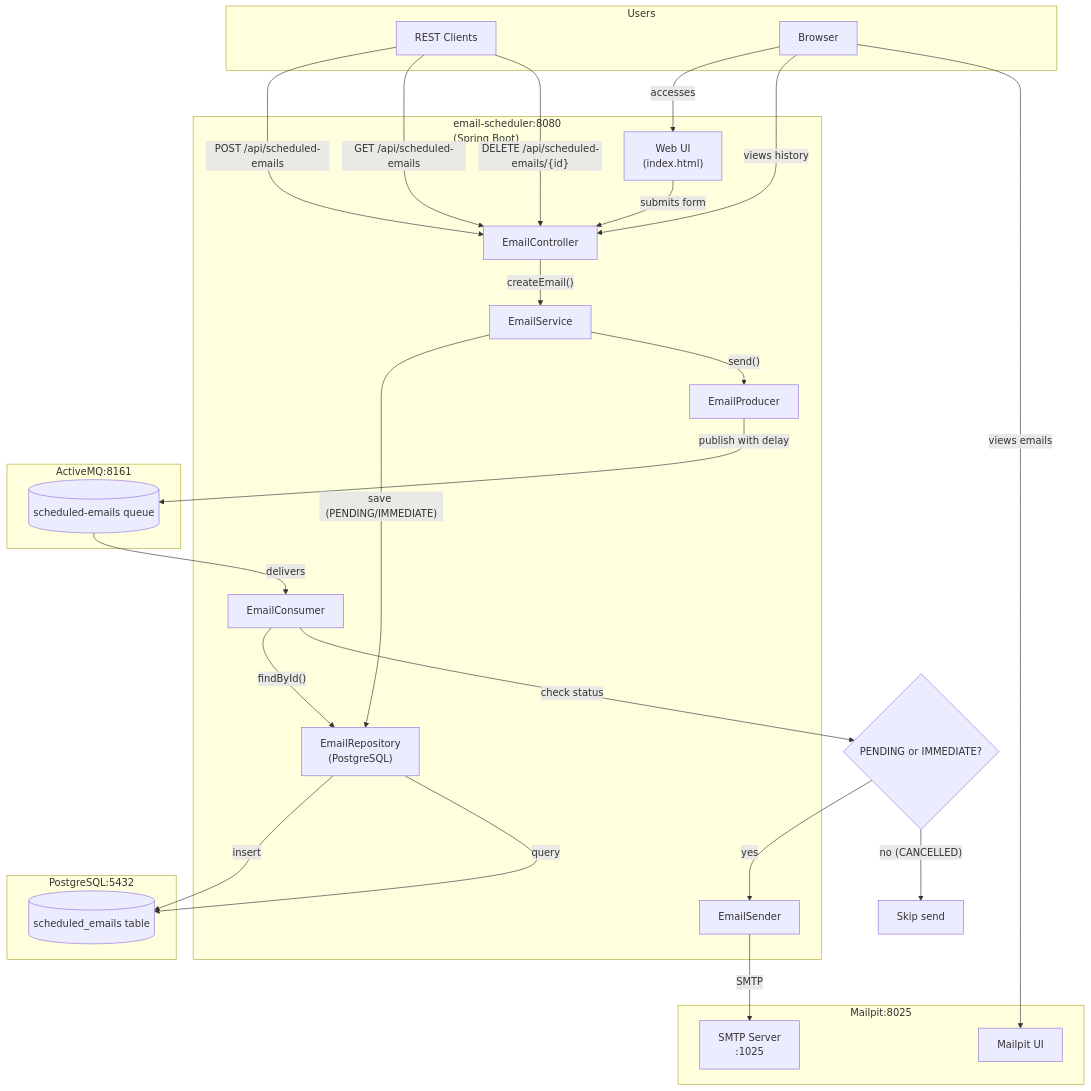
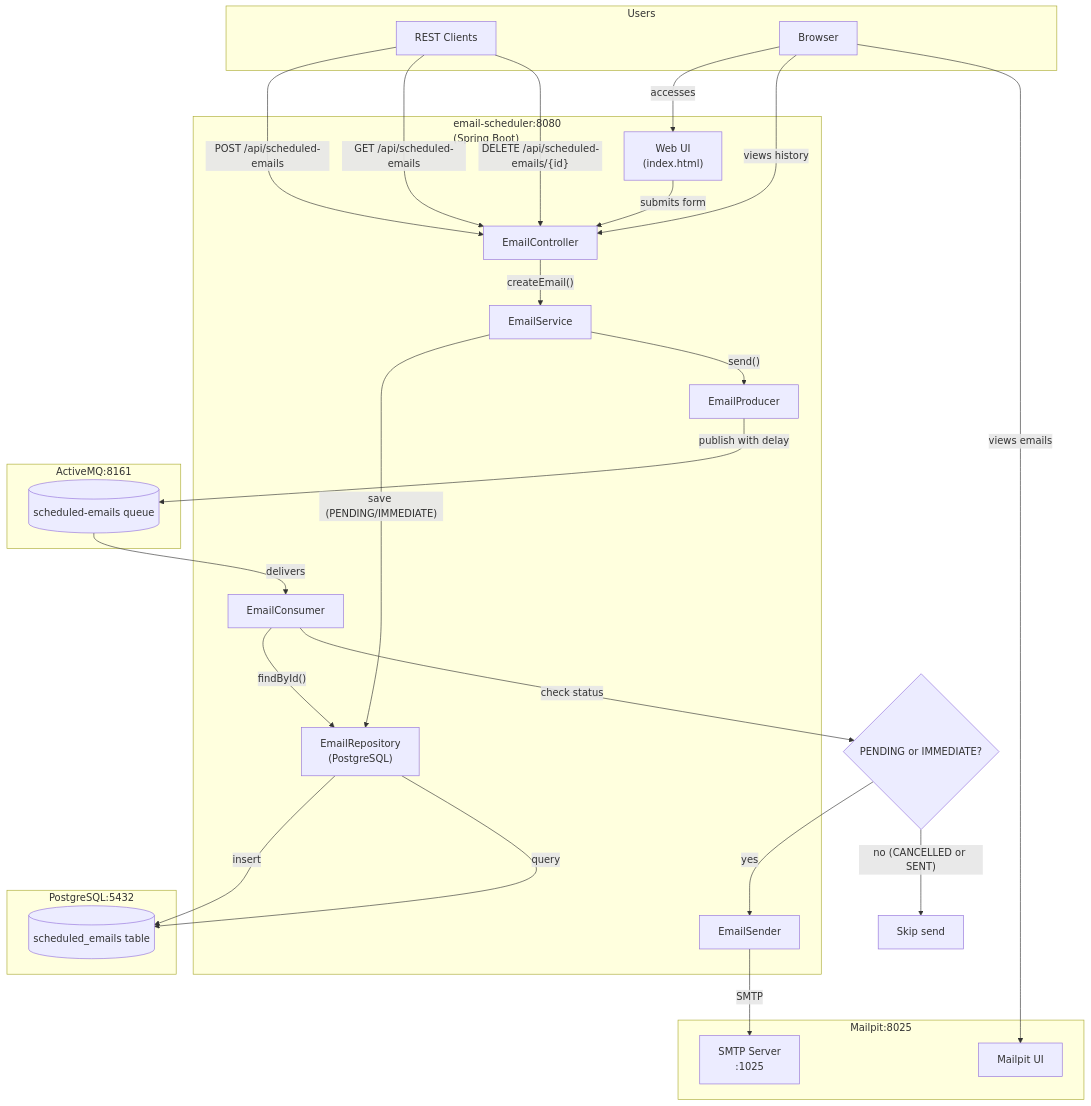
The diagram in README.md (ivangfr/spring-boot-activemq-mailpit), drawn with Mermaid before and after one commit. The commit also changed other lines of this file and 5 other files, not shown here.

First line of the commit message:
feat: add failed email status handling

````diff
--- a/README.md
+++ b/README.md
@@ -14,51 +14,51 @@
 ```mermaid
 flowchart TB
     subgraph users ["Users"]
         HTTP["REST Clients"]
         Browser["Browser"]
     end
 
     subgraph email-scheduler ["email-scheduler:8080\n(Spring Boot)"]
         EmailController["EmailController"]
         EmailService["EmailService"]
         EmailRepository["EmailRepository\n(PostgreSQL)"]
         EmailProducer["EmailProducer"]
         EmailConsumer["EmailConsumer"]
         EmailSender["EmailSender"]
         WebUI["Web UI\n(index.html)"]
     end
 
     subgraph activemq ["ActiveMQ:8161"]
         Queue[("scheduled-emails queue")]
     end
 
     subgraph postgres ["PostgreSQL:5432"]
         DB[("scheduled_emails table")]
     end
 
     subgraph mailpit ["Mailpit:8025"]
         SMTP["SMTP Server\n:1025"]
         MailpitUI["Mailpit UI"]
     end
 
     HTTP -->|"POST /api/scheduled-emails"| EmailController
     HTTP -->|"GET /api/scheduled-emails"| EmailController
     HTTP -->|"DELETE /api/scheduled-emails/{id}"| EmailController
     Browser -->|"accesses"| WebUI
     WebUI -->|"submits form"| EmailController
     Browser -->|"views history"| EmailController
     Browser -->|"views emails"| MailpitUI
 
     EmailController -->|"createEmail()"| EmailService
     EmailService -->|"save (PENDING/IMMEDIATE)"| EmailRepository
     EmailRepository -->|"insert"| DB
     EmailService -->|"send()"| EmailProducer
     EmailProducer -->|"publish with delay"| Queue
     Queue -->|"delivers"| EmailConsumer
     EmailConsumer -->|"findById()"| EmailRepository
     EmailRepository -->|"query"| DB
     EmailConsumer -->|"check status"| EmailStatus{"PENDING or IMMEDIATE?"}
     EmailStatus -->|"yes"| EmailSender
     EmailSender -->|"SMTP"| SMTP
-    EmailStatus -->|"no (CANCELLED)"| Skip["Skip send"]
+    EmailStatus -->|"no (CANCELLED or SENT)"| Skip["Skip send"]
 ```
````
